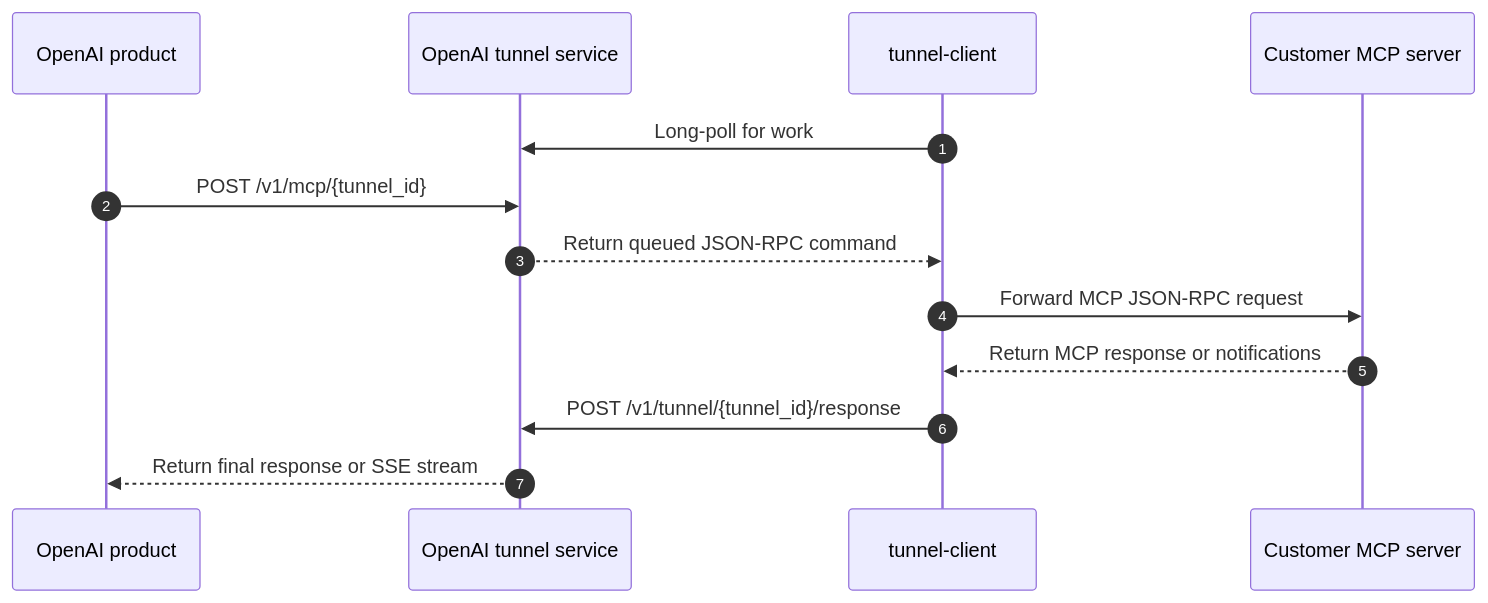
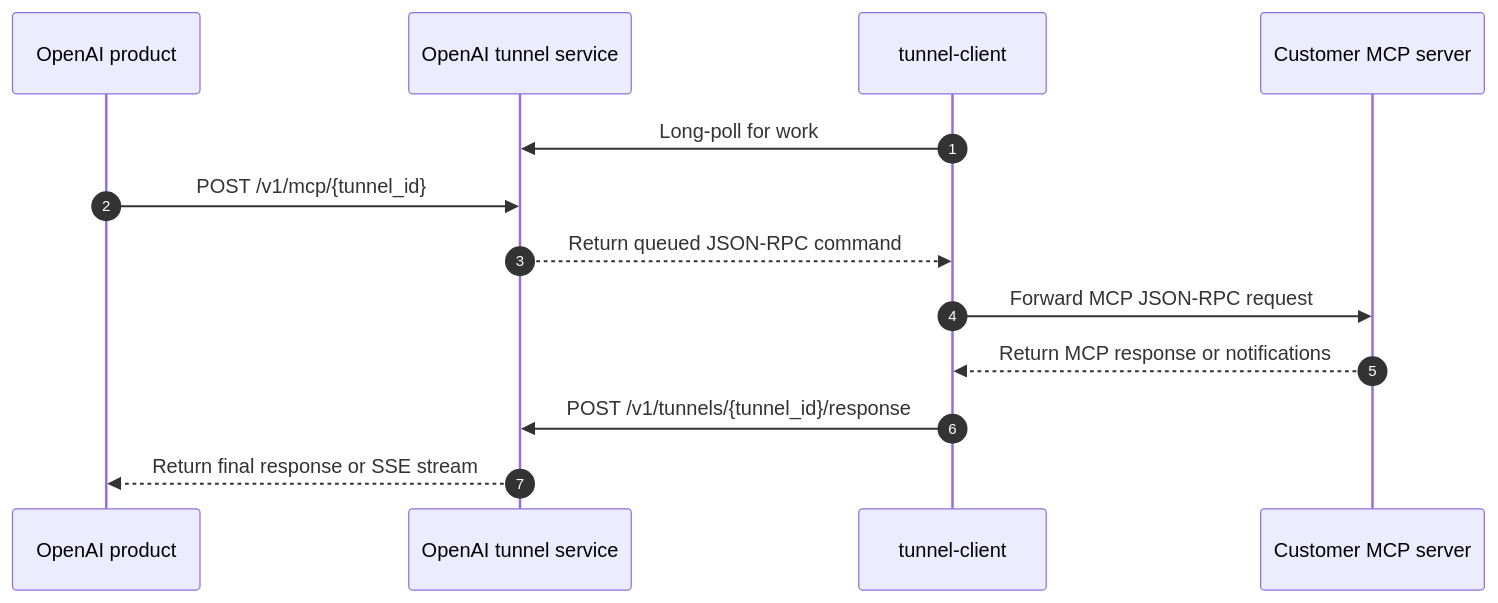
The second of 4 diagrams in docs/architecture.md (fork-the-planet/openai___tunnel-client), drawn with Mermaid before and after one commit. The commit also changed other lines of this file and 15 other files, not shown here.

````diff
--- a/docs/architecture.md
+++ b/docs/architecture.md
@@ -61,16 +61,16 @@
 ```mermaid
 sequenceDiagram
   autonumber
   participant Product as OpenAI product
   participant Tunnel as OpenAI tunnel service
   participant Client as tunnel-client
   participant MCP as Customer MCP server
 
   Client->>Tunnel: Long-poll for work
   Product->>Tunnel: POST /v1/mcp/{tunnel_id}
   Tunnel-->>Client: Return queued JSON-RPC command
   Client->>MCP: Forward MCP JSON-RPC request
   MCP-->>Client: Return MCP response or notifications
-  Client->>Tunnel: POST /v1/tunnel/{tunnel_id}/response
+  Client->>Tunnel: POST /v1/tunnels/{tunnel_id}/response
   Tunnel-->>Product: Return final response or SSE stream
 ```
````
